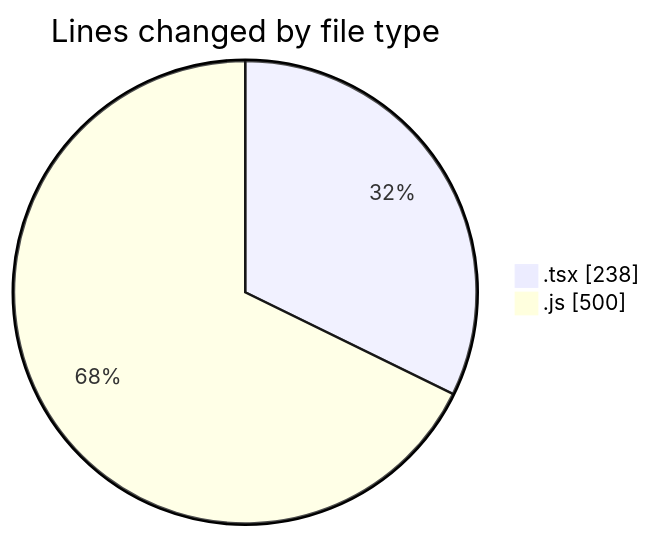
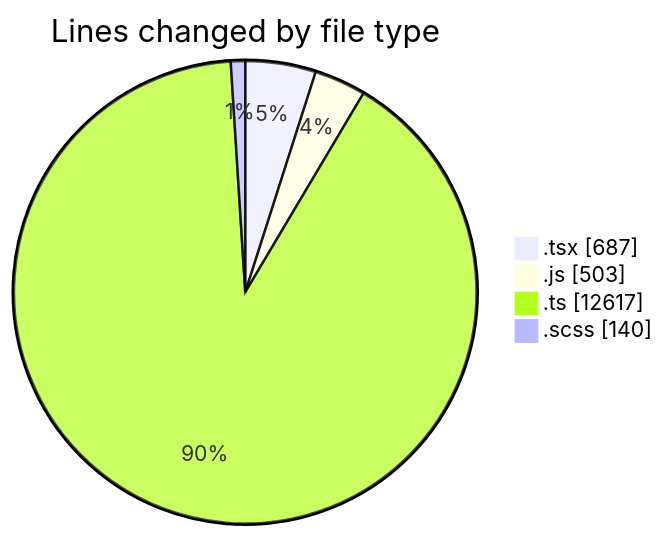
One commit to momahboobian/code-tracking changed the first of 2 diagrams in 2025-06-30/cda/README.md. Above: the diagram before and after it, drawn with Mermaid. The commit also changed other lines of this file and 1 other file, not shown here.

````diff
--- a/2025-06-30/cda/README.md
+++ b/2025-06-30/cda/README.md
@@ -21,6 +28,8 @@
 ```mermaid
 pie showData
 title Lines changed by file type
-".tsx" : 238
-".js" : 500
+".tsx" : 687
+".js" : 503
+".ts" : 12617
+".scss" : 140
 ```
````
